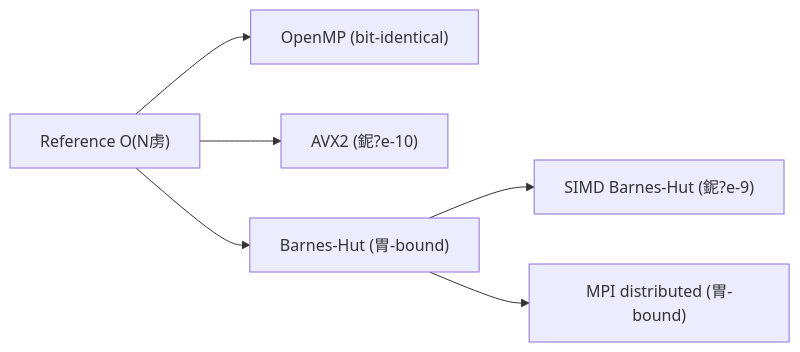
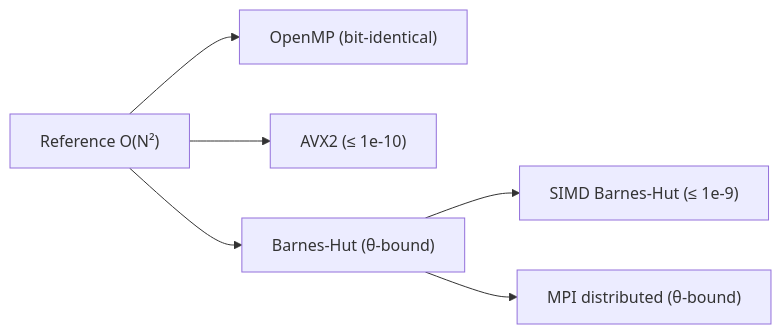
The second of 2 diagrams in docs-site/architecture.md (richie-rich90454/n_body_sim_pro), drawn with Mermaid before and after one commit. The commit also changed other lines of this file, not shown here.

Commit message:
docs-site: fix mojibake in architecture page

````diff
--- a/docs-site/architecture.md
+++ b/docs-site/architecture.md
@@ -106,8 +111,8 @@
 ```mermaid
 flowchart LR
-    REF["Reference O(N虏)"] --> OMP["OpenMP (bit-identical)"]
-    REF --> AVX2["AVX2 (鈮?e-10)"]
-    REF --> BH["Barnes-Hut (胃-bound)"]
-    BH --> BHAVX2["SIMD Barnes-Hut (鈮?e-9)"]
-    BH --> DIST["MPI distributed (胃-bound)"]
+    REF["Reference O(N²)"] --> OMP["OpenMP (bit-identical)"]
+    REF --> AVX2["AVX2 (≤ 1e-10)"]
+    REF --> BH["Barnes-Hut (θ-bound)"]
+    BH --> BHAVX2["SIMD Barnes-Hut (≤ 1e-9)"]
+    BH --> DIST["MPI distributed (θ-bound)"]
 ```
````
